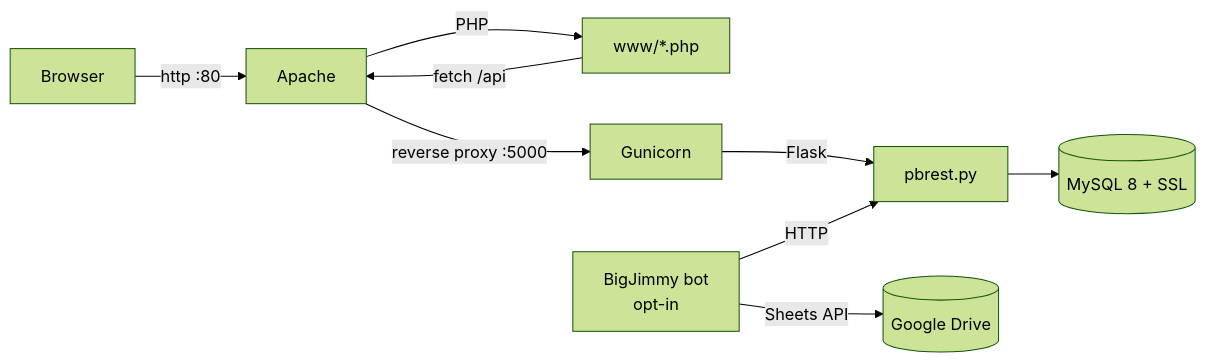
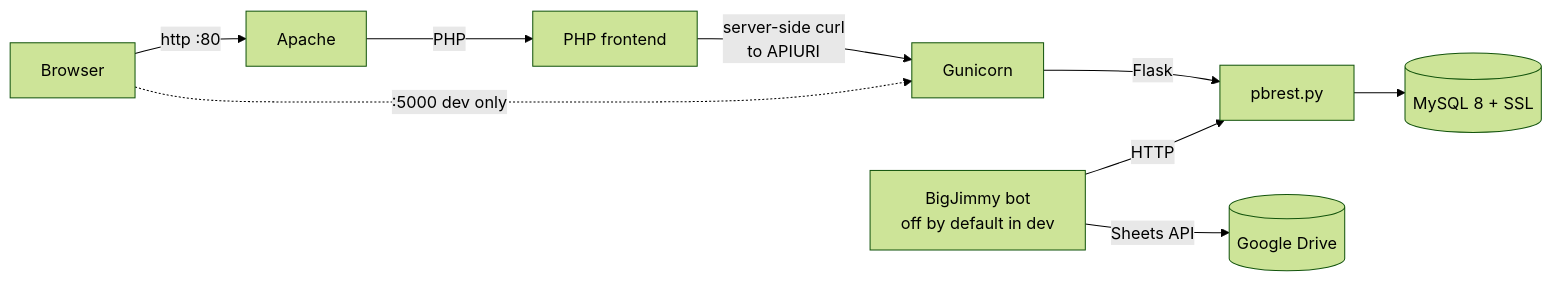
The diagram in docker/README.md (bigjimmy/puzzleboss2), drawn with Mermaid (forest theme) before and after one commit. The commit also changed other lines of this file and 2 other files, not shown here.

Commit message:
Fix three architecture inaccuracies in docs
- BigJimmy bot: was described as "disabled by default in Docker" which
  conflated the dev stack with all Docker uses; supervisord-prod.conf
  has autostart=true. Now: "enabled in production; disabled in the
  local dev stack."
- Drop the "www/ is the docroot" note — Apache config trivia that
  doesn't help an operator understand Puzzleboss.
- Correct the request-flow description: in production the Flask API
  is NOT exposed to the browser via an Apache /api reverse proxy. PHP
  (apicall.php) mediates every call server-side via curl to APIURI.
  Apache only proxies Swagger-related paths (/apidocs, /flasgger_static,
  /apispec_1.json). The dev Docker stack additionally publishes :5000
  for direct Swagger access. Updated the OPERATIONS sequence diagram,
  docker/README architecture diagram, and the SETUP standalone-deploy
  step accordingly.

````diff
--- a/docker/README.md
+++ b/docker/README.md
@@ -37,11 +37,11 @@
 ```mermaid
 flowchart LR
     Browser -->|http :80| Apache
-    Apache -->|PHP| Frontend[www/*.php]
-    Apache -->|reverse proxy :5000| Gunicorn
+    Apache -->|PHP| Frontend[PHP frontend]
+    Frontend -->|server-side curl<br/>to APIURI| Gunicorn
     Gunicorn -->|Flask| API[pbrest.py]
     API --> MySQL[(MySQL 8 + SSL)]
-    Frontend -->|fetch /api| Apache
-    BigJimmy[BigJimmy bot<br/>opt-in] -->|HTTP| API
+    Browser -.->|:5000 dev only| Gunicorn
+    BigJimmy[BigJimmy bot<br/>off by default in dev] -->|HTTP| API
     BigJimmy -->|Sheets API| Google[(Google Drive)]
 ```
````
